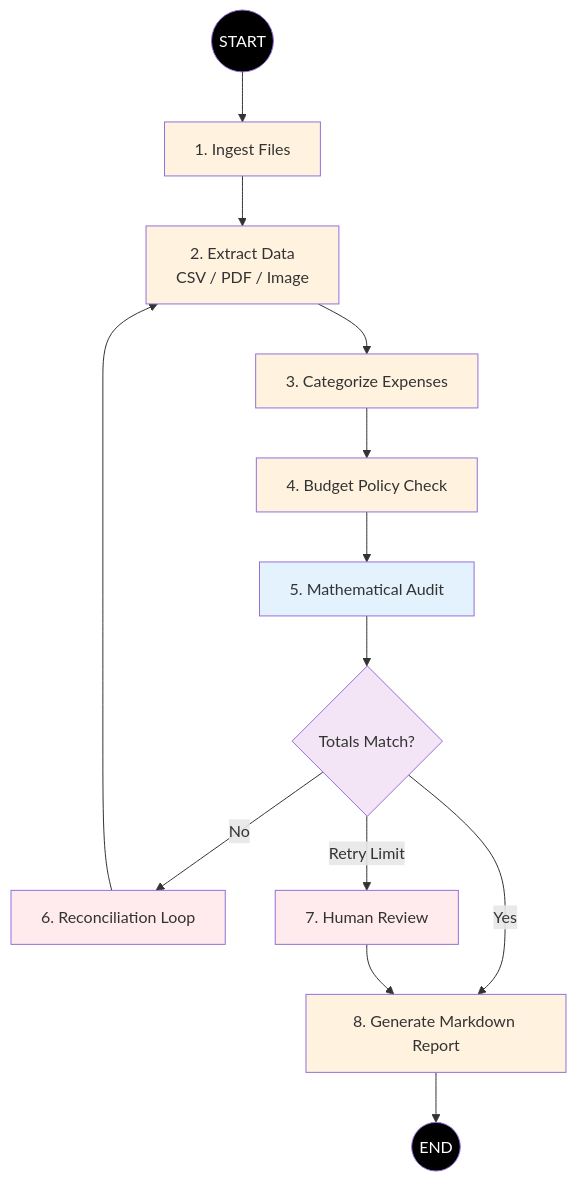
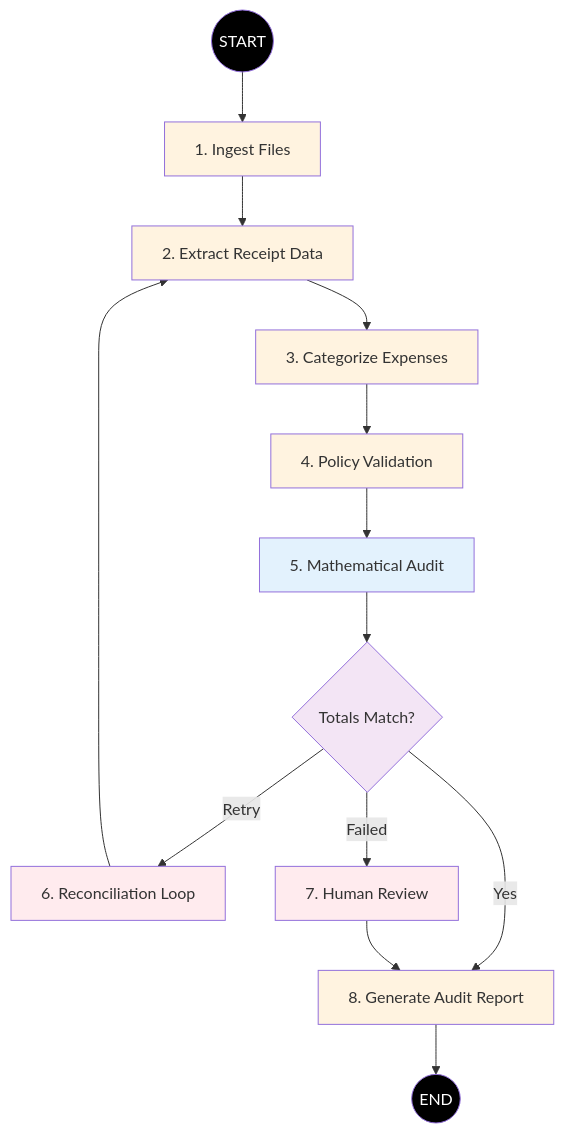
Before and after one commit to Prakhar0136/LocalLedger: the second of 2 diagrams in README.md, drawn with Mermaid. The commit also changed other lines of this file, not shown here.

````diff
--- a/README.md
+++ b/README.md
@@ -83,60 +124,55 @@
 ```mermaid
 flowchart TD
 
 Start((START))
 
 Ingest["1. Ingest Files"]
 
-Extract["2. Extract Data<br/>CSV / PDF / Image"]
+Extract["2. Extract Receipt Data"]
 
 Categorize["3. Categorize Expenses"]
 
-Policy["4. Budget Policy Check"]
+Policy["4. Policy Validation"]
 
 Audit["5. Mathematical Audit"]
 
-Decision{Totals Match?}
+Decision{"Totals Match?"}
 
 Retry["6. Reconciliation Loop"]
 
 Human["7. Human Review"]
 
-Report["8. Generate Markdown Report"]
+Report["8. Generate Audit Report"]
 
 End((END))
 
 Start --> Ingest
 Ingest --> Extract
 Extract --> Categorize
 Categorize --> Policy
 Policy --> Audit
 Audit --> Decision
 
 Decision -- Yes --> Report
-
-Decision -- No --> Retry
-
+Decision -- Retry --> Retry
 Retry --> Extract
-
-Decision -- Retry Limit --> Human
-
+Decision -- Failed --> Human
 Human --> Report
-
 Report --> End
 
 style Start fill:#000,color:#fff
 style End fill:#000,color:#fff
 
 style Ingest fill:#fff3e0
 style Extract fill:#fff3e0
 style Categorize fill:#fff3e0
 style Policy fill:#fff3e0
 style Report fill:#fff3e0
 
 style Audit fill:#e3f2fd
 
 style Decision fill:#f3e5f5
 
 style Retry fill:#ffebee
 style Human fill:#ffebee
 ```
````
